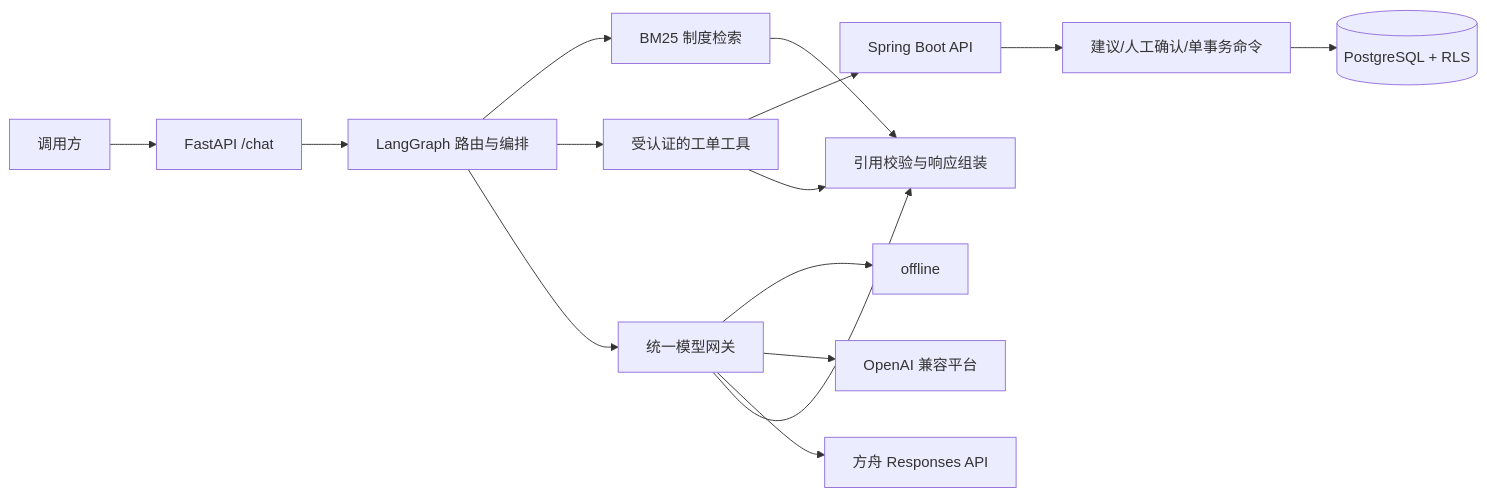
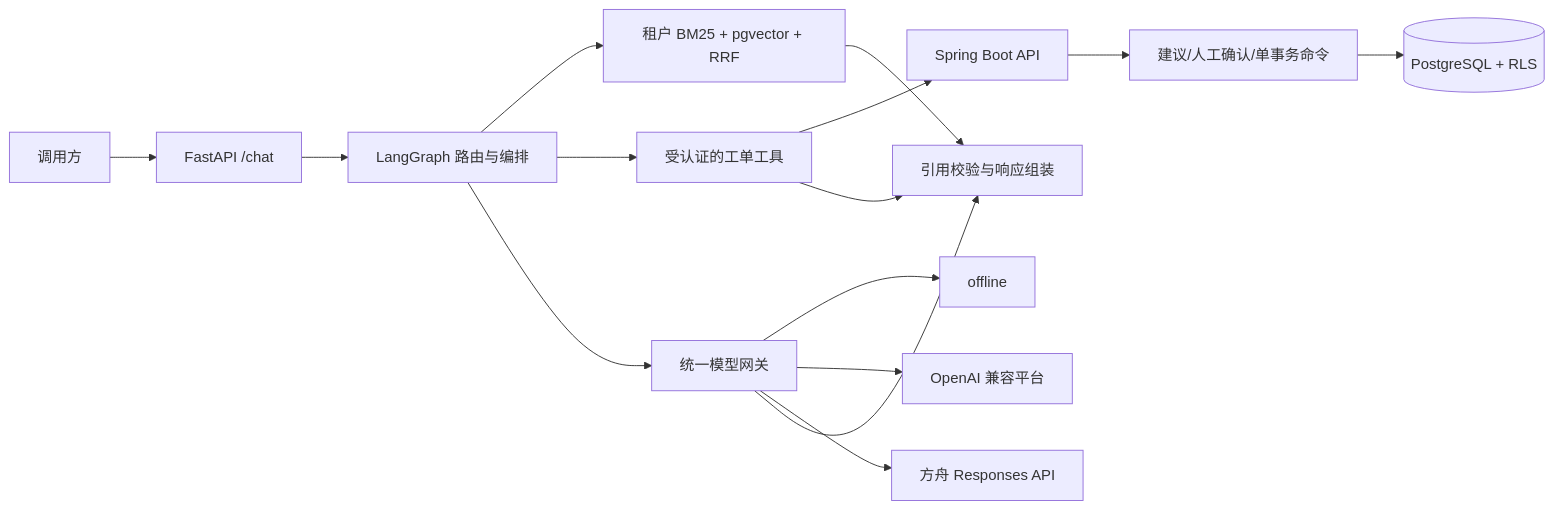
Before and after one commit to tang119238/enterprise-work-order-ai-assistant: the diagram in README.md, drawn with Mermaid. The commit also changed other lines of this file and 36 other files, not shown here.

````diff
--- a/README.md
+++ b/README.md
@@ -111,17 +112,17 @@
 ```mermaid
 flowchart LR
     U["调用方"] --> A["FastAPI /chat"]
     A --> G["LangGraph 路由与编排"]
-    G --> R["BM25 制度检索"]
+    G --> R["租户 BM25 + pgvector + RRF"]
     G --> T["受认证的工单工具"]
     T --> J["Spring Boot API"]
     J --> X["建议/人工确认/单事务命令"]
     X --> P[("PostgreSQL + RLS")]
     G --> M["统一模型网关"]
     M --> O["offline"]
     M --> C["OpenAI 兼容平台"]
     M --> K["方舟 Responses API"]
     R --> V["引用校验与响应组装"]
     T --> V
     M --> V
 ```
````
